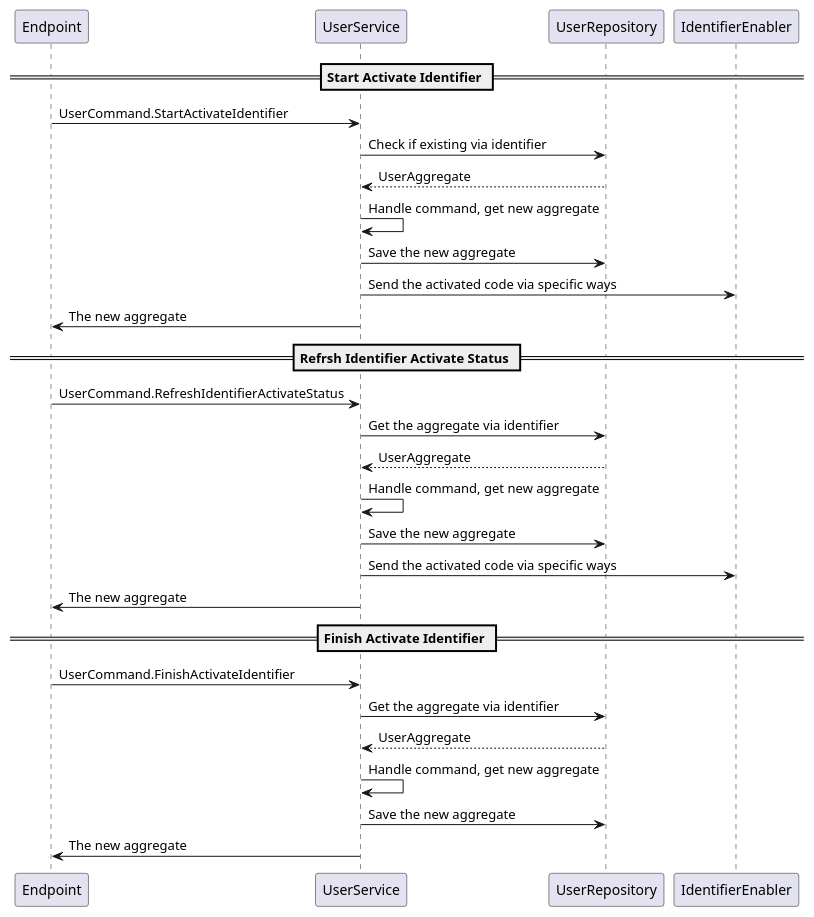
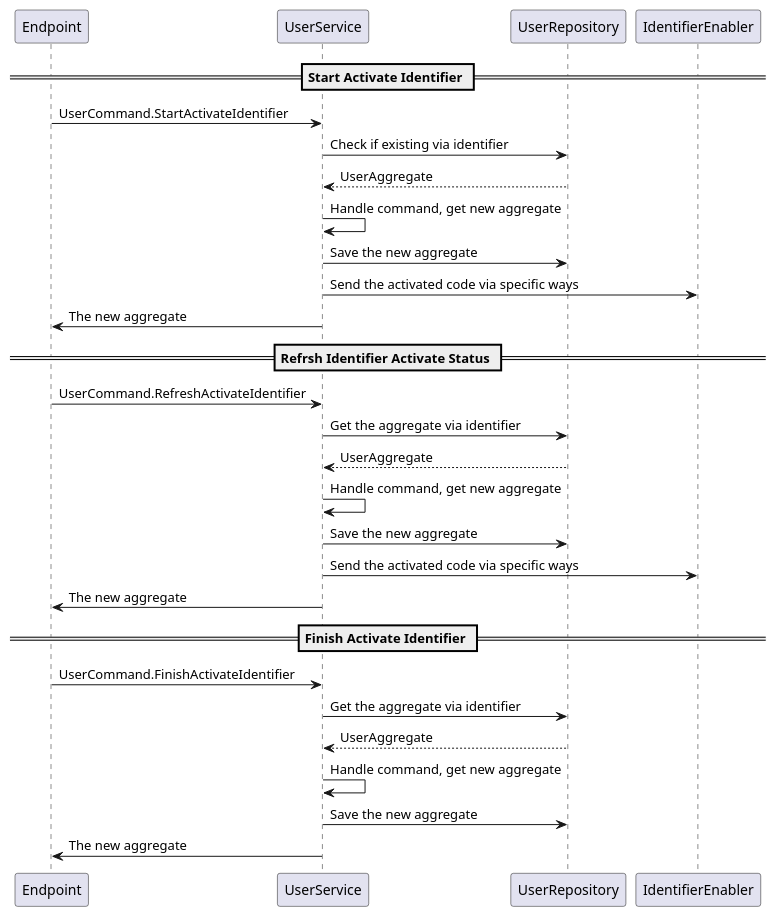
Before and after one commit to alices-wonderland/doorknob: diagram 14 of 18 in docs/docs/features.md, drawn with PlantUML. The commit also changed other lines of this file and 14 other files, not shown here.

Commit message:
UserService reformat

````diff
--- a/docs/docs/features.md
+++ b/docs/docs/features.md
@@ -451,29 +451,29 @@
 ```plantuml
 @startuml
 == Start Activate Identifier ==
 Endpoint -> UserService: UserCommand.StartActivateIdentifier
 UserService -> UserRepository: Check if existing via identifier
 UserRepository --> UserService: UserAggregate
 UserService -> UserService: Handle command, get new aggregate
 UserService -> UserRepository: Save the new aggregate
 UserService -> IdentifierEnabler: Send the activated code via specific ways
 UserService -> Endpoint: The new aggregate
 
 == Refrsh Identifier Activate Status ==
-Endpoint -> UserService: UserCommand.RefreshIdentifierActivateStatus
+Endpoint -> UserService: UserCommand.RefreshActivateIdentifier
 UserService -> UserRepository: Get the aggregate via identifier
 UserRepository --> UserService: UserAggregate
 UserService -> UserService: Handle command, get new aggregate
 UserService -> UserRepository: Save the new aggregate
 UserService -> IdentifierEnabler: Send the activated code via specific ways
 UserService -> Endpoint: The new aggregate
 
 == Finish Activate Identifier ==
 Endpoint -> UserService: UserCommand.FinishActivateIdentifier
 UserService -> UserRepository: Get the aggregate via identifier
 UserRepository --> UserService: UserAggregate
 UserService -> UserService: Handle command, get new aggregate
 UserService -> UserRepository: Save the new aggregate
 UserService -> Endpoint: The new aggregate
 @enduml
 ```
````
